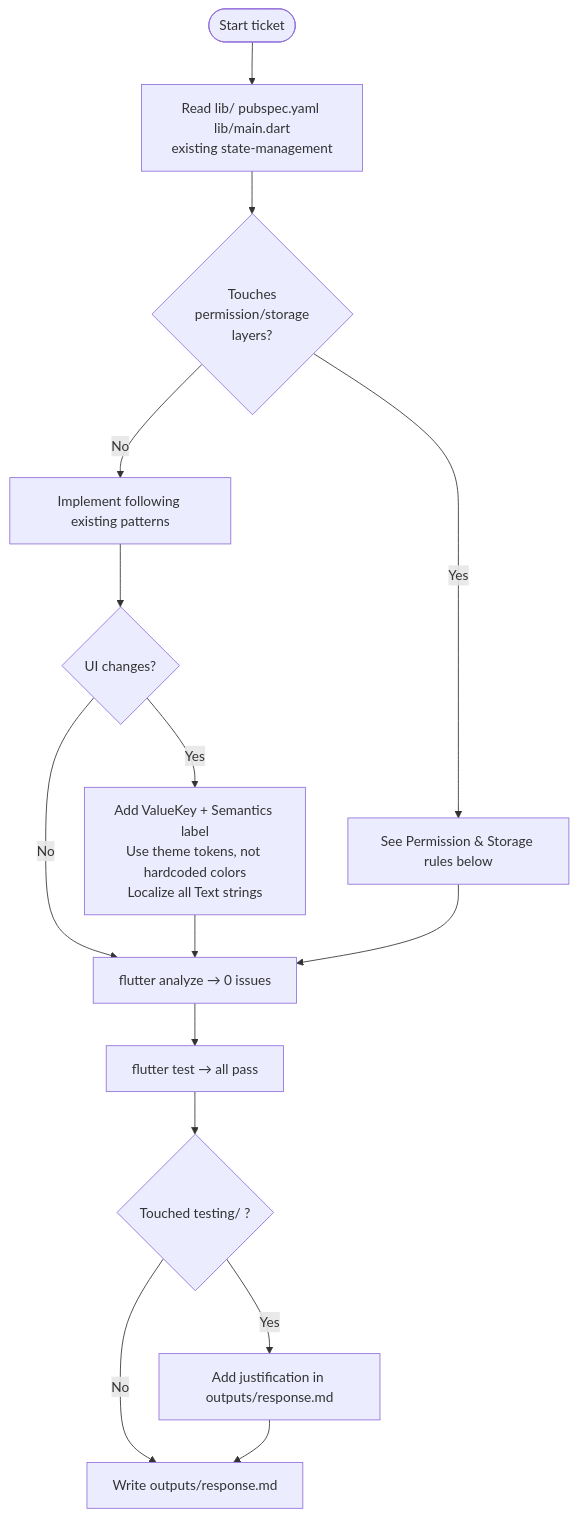
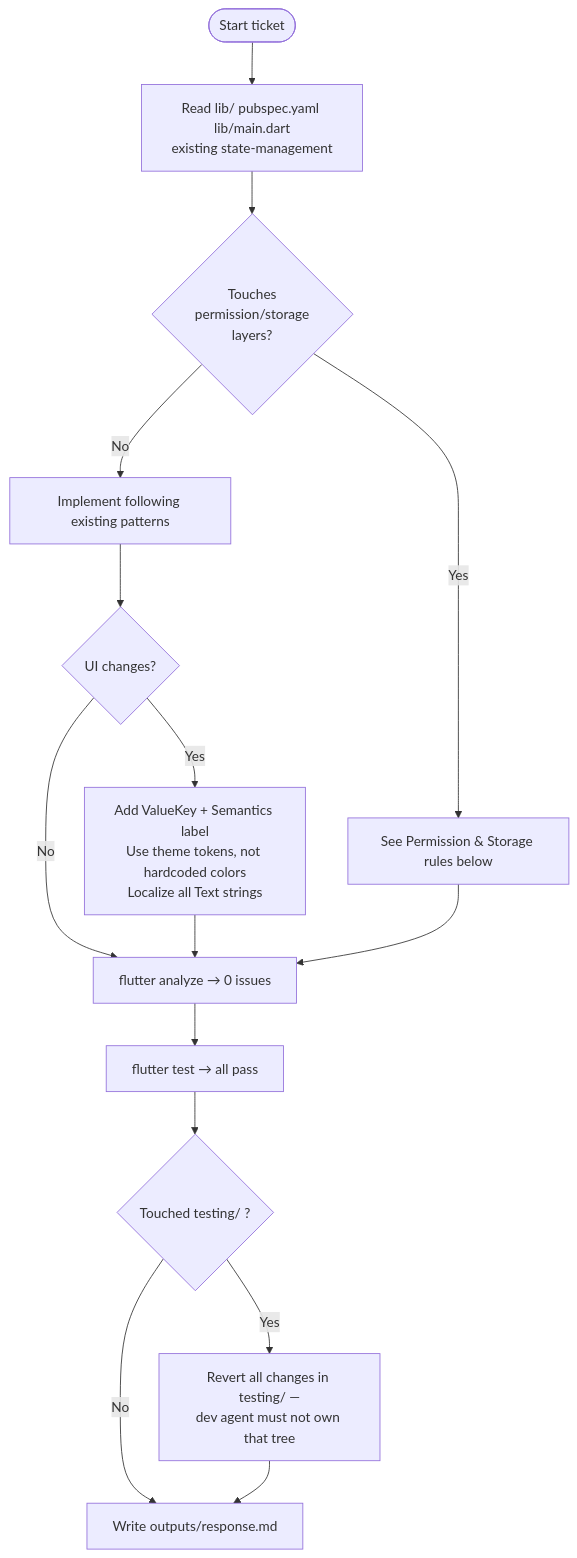
One commit to IstiN/trackstate changed the second of 7 diagrams in .dmtools/instructions/agents/flutter_development_rules.md. Above: the diagram before and after it, drawn with Mermaid. The commit also changed other lines of this file, not shown here.

First line of the commit message:
docs(agents): strengthen testing/ ownership rule for dev agents

````diff
--- a/.dmtools/instructions/agents/flutter_development_rules.md
+++ b/.dmtools/instructions/agents/flutter_development_rules.md
@@ -17,17 +17,18 @@
 ```mermaid
 flowchart TD
   Start([Start ticket]) --> Read[Read lib/ pubspec.yaml lib/main.dart\nexisting state-management]
   Read --> Scope{Touches\npermission/storage\nlayers?}
   Scope -->|Yes| Permission[See Permission & Storage rules below]
   Scope -->|No| Impl[Implement following existing patterns]
   Impl --> Widget{UI changes?}
   Widget -->|Yes| Keys[Add ValueKey + Semantics label\nUse theme tokens, not hardcoded colors\nLocalize all Text strings]
   Widget -->|No| Analyze
   Keys --> Analyze[flutter analyze → 0 issues]
   Permission --> Analyze
   Analyze --> Test[flutter test → all pass]
   Test --> NoTesting{Touched testing/ ?}
-  NoTesting -->|Yes| Justify[Add justification in outputs/response.md]
+  NoTesting -->|Yes| Revert[Revert all changes in testing/ —
+dev agent must not own that tree]
   NoTesting -->|No| Output[Write outputs/response.md]
-  Justify --> Output
+  Revert --> Output
 ```
````
